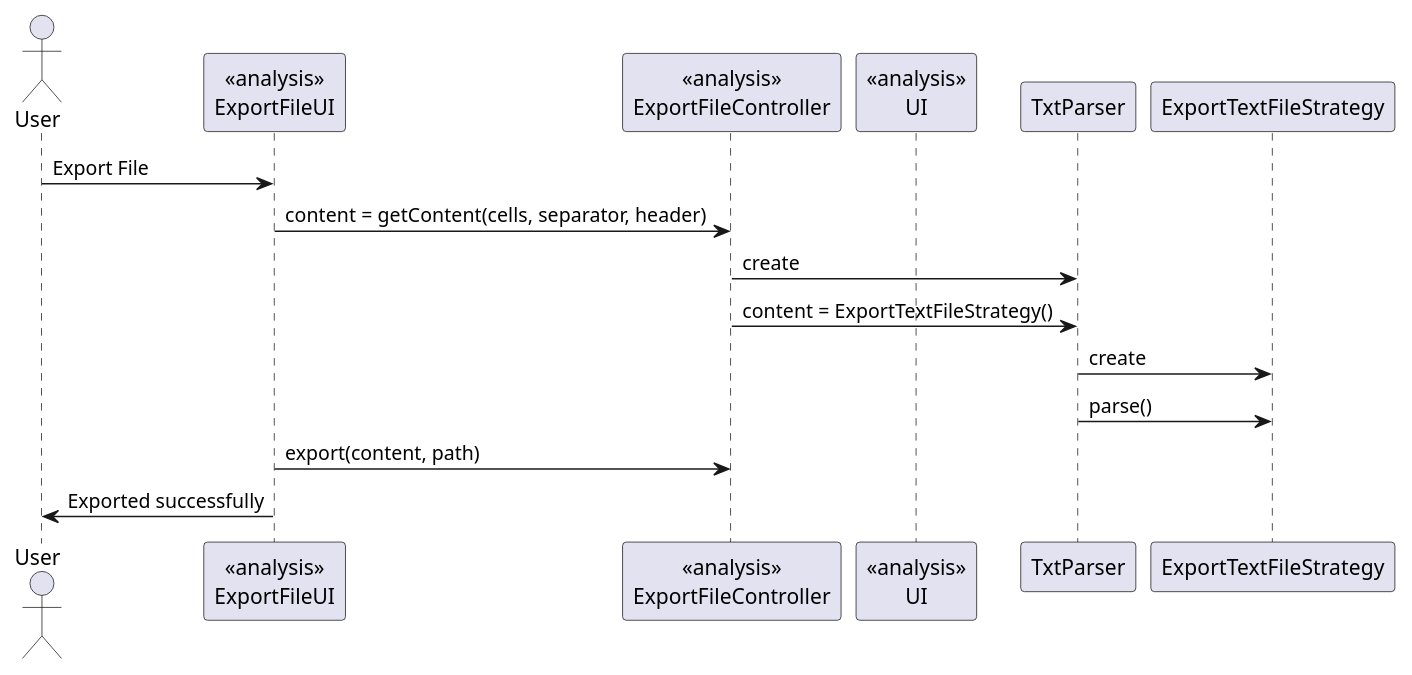
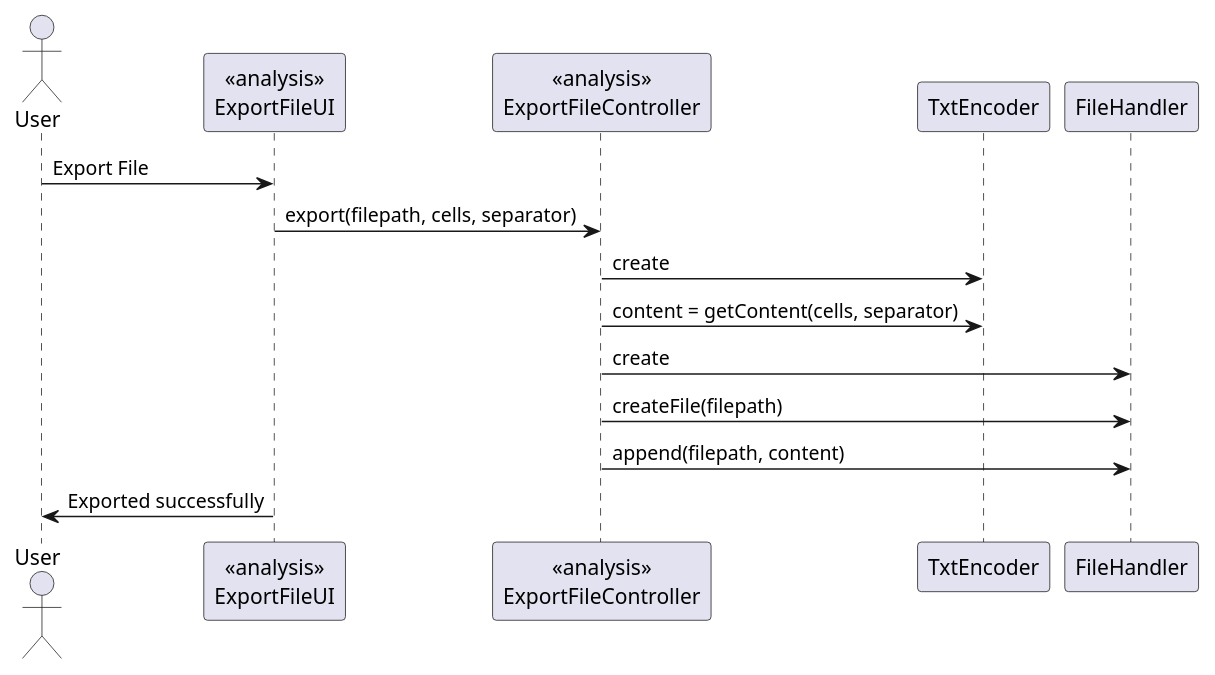
Before and after one commit to RubenTeixeira/cleansheets_isep_2dg_2016: the diagram in src/main/java/csheets/worklog/n1140491/sprint2/export_file_design.puml, drawn with PlantUML. The commit also changed 5 other files, not shown here.

```diff
--- a/src/main/java/csheets/worklog/n1140491/sprint2/export_file_design.puml
+++ b/src/main/java/csheets/worklog/n1140491/sprint2/export_file_design.puml
@@ -1,18 +1,17 @@
 @startuml doc-files/export_file_design_image.png
 
 actor User
 participant "<<analysis>>\nExportFileUI" as ExportFileUI
 participant "<<analysis>>\nExportFileController" as ExportFileController
-participant "<<analysis>>\nUI" as UI
 
 User->ExportFileUI: Export File
-ExportFileUI->ExportFileController: content = getContent(cells, separator, header)
-ExportFileController->TxtParser: create
-ExportFileController->TxtParser: content = ExportTextFileStrategy()
-TxtParser->ExportTextFileStrategy: create
-TxtParser->ExportTextFileStrategy: parse()
-ExportFileUI->ExportFileController: export(content, path)
+ExportFileUI->ExportFileController: export(filepath, cells, separator)
+ExportFileController->TxtEncoder: create
+ExportFileController->TxtEncoder: content = getContent(cells, separator)
+ExportFileController->FileHandler: create
+ExportFileController->FileHandler: createFile(filepath)
+ExportFileController->FileHandler: append(filepath, content)
 
 ExportFileUI->User: Exported successfully
 
 @enduml
```
